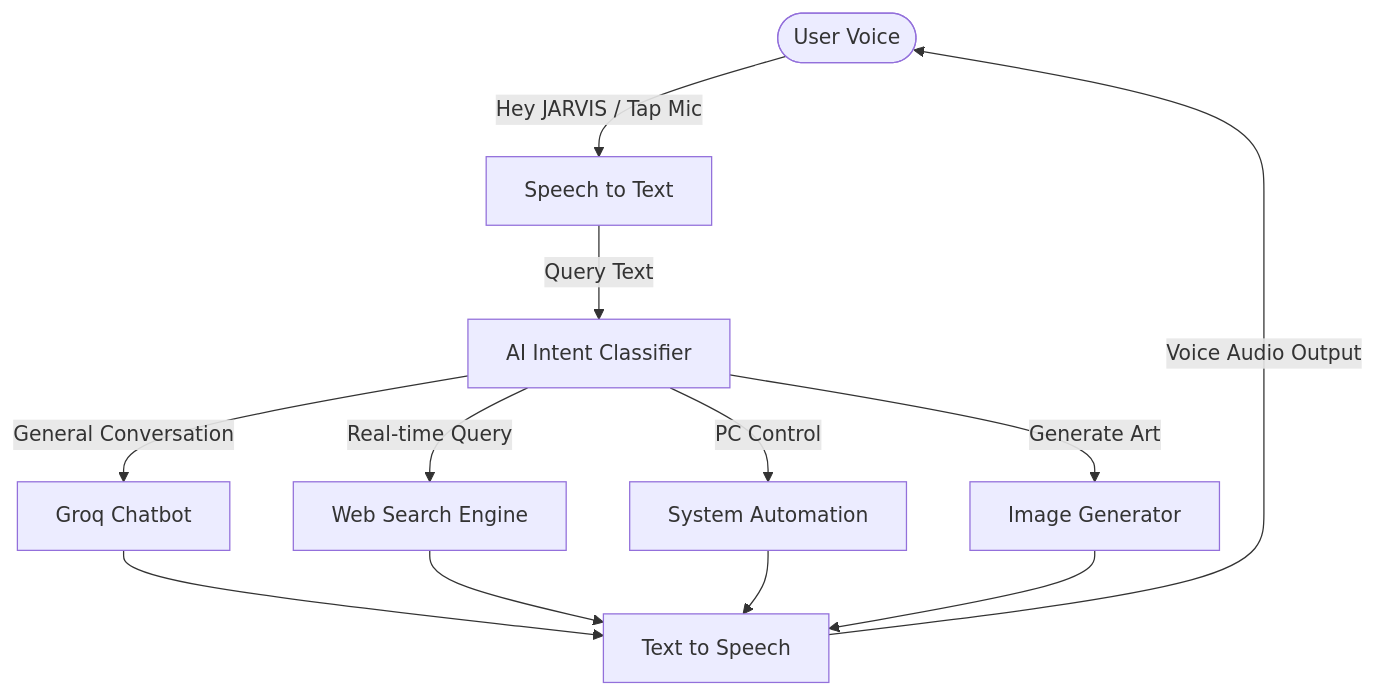
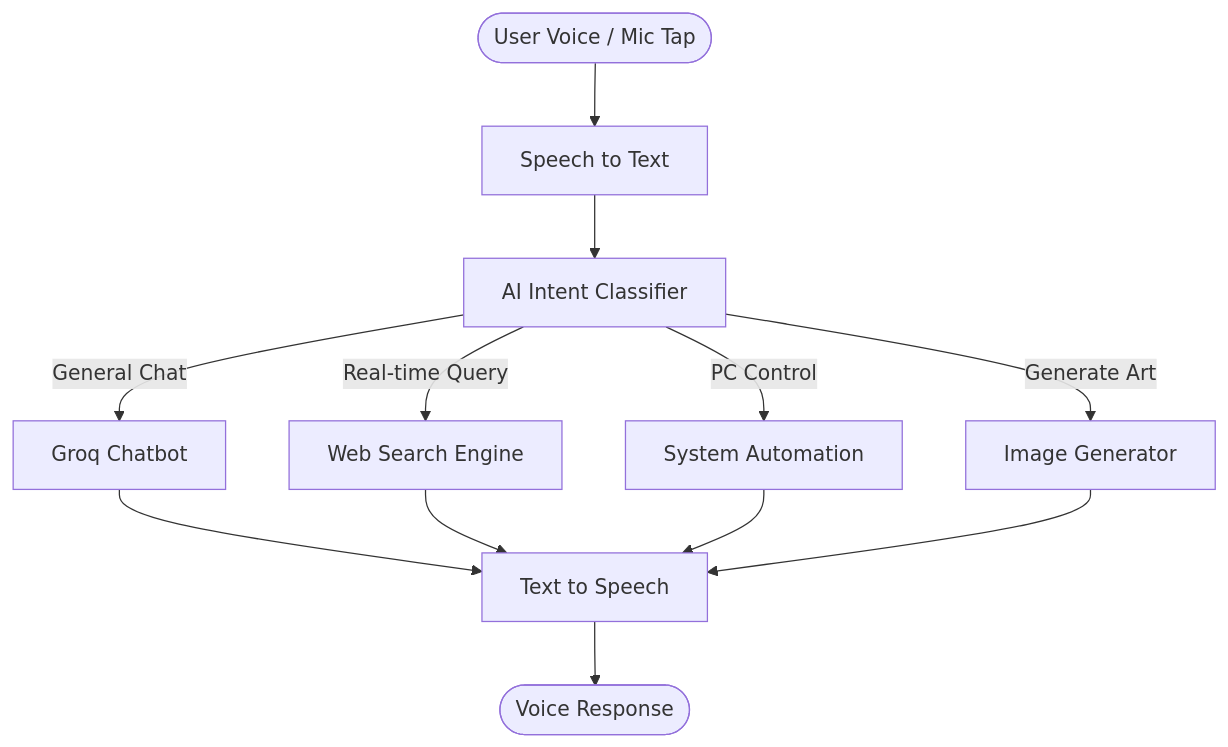
One commit to Himanshu-Singh11/JARVIS-AI changed the diagram in README.md. Above: the diagram before and after it, drawn with Mermaid.

Commit message:
Simplify workflow to a clean top-down linear flowchart in README.md

````diff
--- a/README.md
+++ b/README.md
@@ -40,17 +40,17 @@
 ```mermaid
 graph TD
-    User([User Voice]) -->|Hey JARVIS / Tap Mic| STT[Speech to Text]
-    STT -->|Query Text| Intent[AI Intent Classifier]
+    UserInput(["User Voice / Mic Tap"]) --> STT["Speech to Text"]
+    STT --> Intent["AI Intent Classifier"]
     
-    Intent -->|General Conversation| LLM[Groq Chatbot]
-    Intent -->|Real-time Query| Search[Web Search Engine]
-    Intent -->|PC Control| Auto[System Automation]
-    Intent -->|Generate Art| Img[Image Generator]
+    Intent -->|General Chat| Chatbot["Groq Chatbot"]
+    Intent -->|Real-time Query| Search["Web Search Engine"]
+    Intent -->|PC Control| Automation["System Automation"]
+    Intent -->|Generate Art| ImageGen["Image Generator"]
     
-    LLM --> Speak[Text to Speech]
-    Search --> Speak
-    Auto --> Speak
-    Img --> Speak
+    Chatbot --> TTS["Text to Speech"]
+    Search --> TTS
+    Automation --> TTS
+    ImageGen --> TTS
     
-    Speak -->|Voice Audio Output| User
+    TTS --> VoiceOutput(["Voice Response"])
 ```
````
